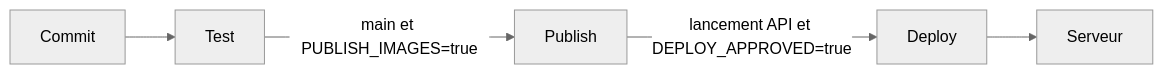
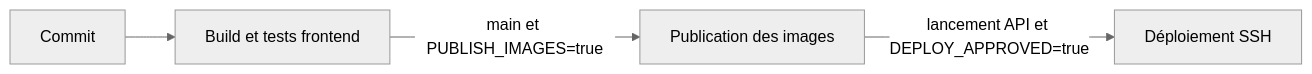
One commit to Kalambodaniel143/Time_Manager_Mirror changed the second of 2 diagrams in docs/DEVOPS.md. Above: the diagram before and after it, drawn with Mermaid (neutral theme). The commit also changed other lines of this file and 13 other files, not shown here.

````diff
--- a/docs/DEVOPS.md
+++ b/docs/DEVOPS.md
@@ -139,7 +112,6 @@
 ```mermaid
 flowchart LR
-    C[Commit] --> T[Test]
-    T -->|main et PUBLISH_IMAGES=true| P[Publish]
-    P -->|lancement API et DEPLOY_APPROVED=true| D[Deploy]
-    D --> S[Serveur]
+    C[Commit] --> T[Build et tests frontend]
+    T -->|main et PUBLISH_IMAGES=true| P[Publication des images]
+    P -->|lancement API et DEPLOY_APPROVED=true| D[Déploiement SSH]
 ```
````
